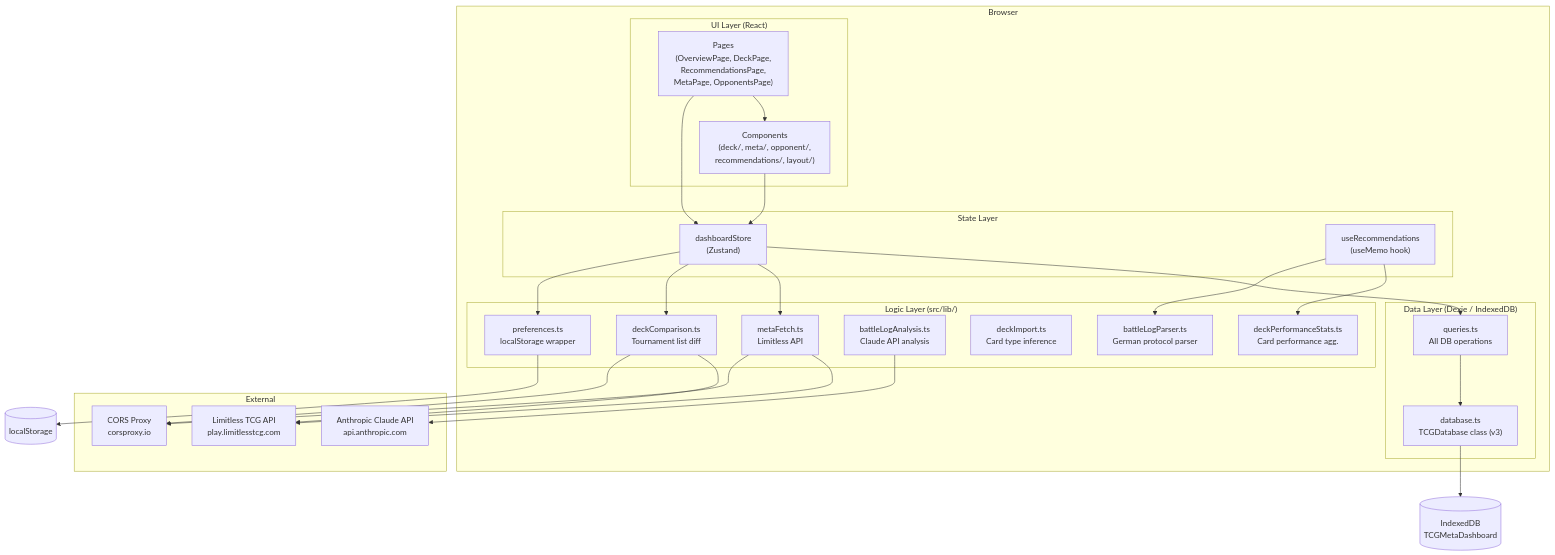
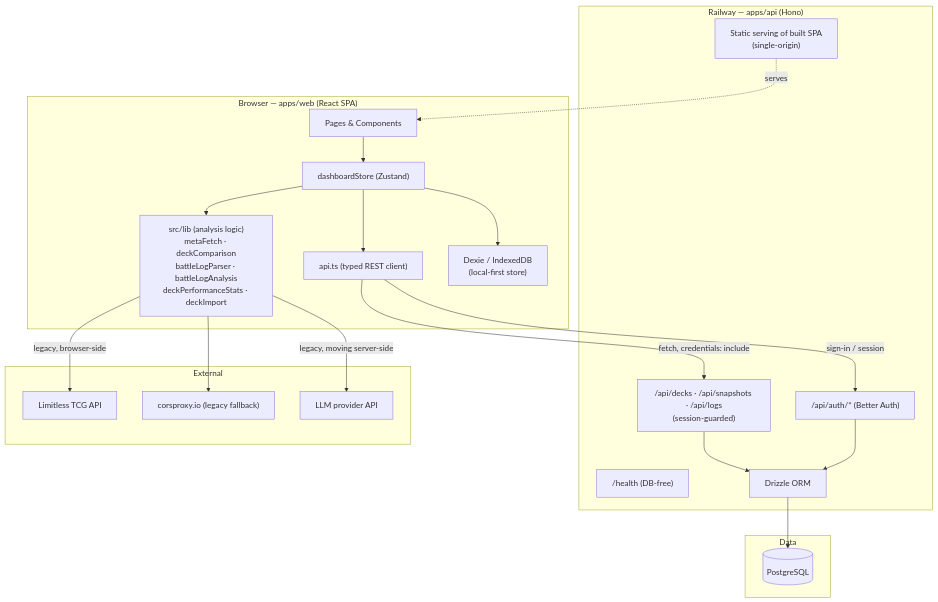
One commit to konradthiemann/Pokekon changed the first of 2 diagrams in docs/architecture.md. Above: the diagram before and after it, drawn with Mermaid. The commit also changed other lines of this file and 11 other files, not shown here.

````diff
--- a/docs/architecture.md
+++ b/docs/architecture.md
@@ -30,53 +68,42 @@
 ```mermaid
 flowchart TD
-    subgraph Browser
-        subgraph UI["UI Layer (React)"]
-            Pages["Pages\n(OverviewPage, DeckPage,\nRecommendationsPage,\nMetaPage, OpponentsPage)"]
-            Components["Components\n(deck/, meta/, opponent/,\nrecommendations/, layout/)"]
-        end
-
-        subgraph State["State Layer"]
-            Store["dashboardStore\n(Zustand)"]
-            Hook["useRecommendations\n(useMemo hook)"]
-        end
-
-        subgraph Logic["Logic Layer (src/lib/)"]
-            MetaFetch["metaFetch.ts\nLimitless API"]
-            DeckComp["deckComparison.ts\nTournament list diff"]
-            BattleParser["battleLogParser.ts\nGerman protocol parser"]
-            BattleAI["battleLogAnalysis.ts\nClaude API analysis"]
-            DeckImport["deckImport.ts\nCard type inference"]
-            PerfStats["deckPerformanceStats.ts\nCard performance agg."]
-            Prefs["preferences.ts\nlocalStorage wrapper"]
-        end
-
-        subgraph DB["Data Layer (Dexie / IndexedDB)"]
-            Queries["queries.ts\nAll DB operations"]
-            Schema["database.ts\nTCGDatabase class (v3)"]
-        end
+    subgraph Browser["Browser — apps/web (React SPA)"]
+        UI["Pages & Components"]
+        Store["dashboardStore (Zustand)"]
+        Logic["src/lib (analysis logic)<br/>metaFetch · deckComparison<br/>battleLogParser · battleLogAnalysis<br/>deckPerformanceStats · deckImport"]
+        ApiClient["api.ts (typed REST client)"]
+        Dexie["Dexie / IndexedDB<br/>(local-first store)"]
     end
 
-    subgraph External
-        LimitlessAPI["Limitless TCG API\nplay.limitlesstcg.com"]
-        ClaudeAPI["Anthropic Claude API\napi.anthropic.com"]
-        CORSProxy["CORS Proxy\ncorsproxy.io"]
+    subgraph Server["Railway — apps/api (Hono)"]
+        Health["/health (DB-free)"]
+        AuthH["/api/auth/* (Better Auth)"]
+        ApiRoutes["/api/decks · /api/snapshots · /api/logs<br/>(session-guarded)"]
+        Static["Static serving of built SPA<br/>(single-origin)"]
+        Drizzle["Drizzle ORM"]
     end
 
-    Pages --> Components
-    Pages --> Store
-    Components --> Store
-    Store --> Queries
-    Store --> MetaFetch
-    Store --> DeckComp
-    Hook --> PerfStats
-    Hook --> BattleParser
-    MetaFetch --> LimitlessAPI
-    MetaFetch --> CORSProxy
-    DeckComp --> LimitlessAPI
-    DeckComp --> CORSProxy
-    BattleAI --> ClaudeAPI
-    Queries --> Schema
-    Schema --> IndexedDB[(IndexedDB\nTCGMetaDashboard)]
-    Prefs --> LS[(localStorage)]
-    Store --> Prefs
+    subgraph Data["Data"]
+        PG[("PostgreSQL")]
+    end
+
+    subgraph External["External"]
+        LimitlessAPI["Limitless TCG API"]
+        CORSProxy["corsproxy.io (legacy fallback)"]
+        ClaudeAPI["LLM provider API"]
+    end
+
+    UI --> Store
+    Store --> ApiClient
+    Store --> Dexie
+    Store --> Logic
+    ApiClient -->|"fetch, credentials: include"| ApiRoutes
+    ApiClient -->|sign-in / session| AuthH
+    Static -.serves.-> UI
+    ApiRoutes --> Drizzle
+    AuthH --> Drizzle
+    Drizzle --> PG
+    Logic -->|legacy, browser-side| LimitlessAPI
+    Logic --> CORSProxy
+    Logic -->|legacy, moving server-side| ClaudeAPI
 ```
````
